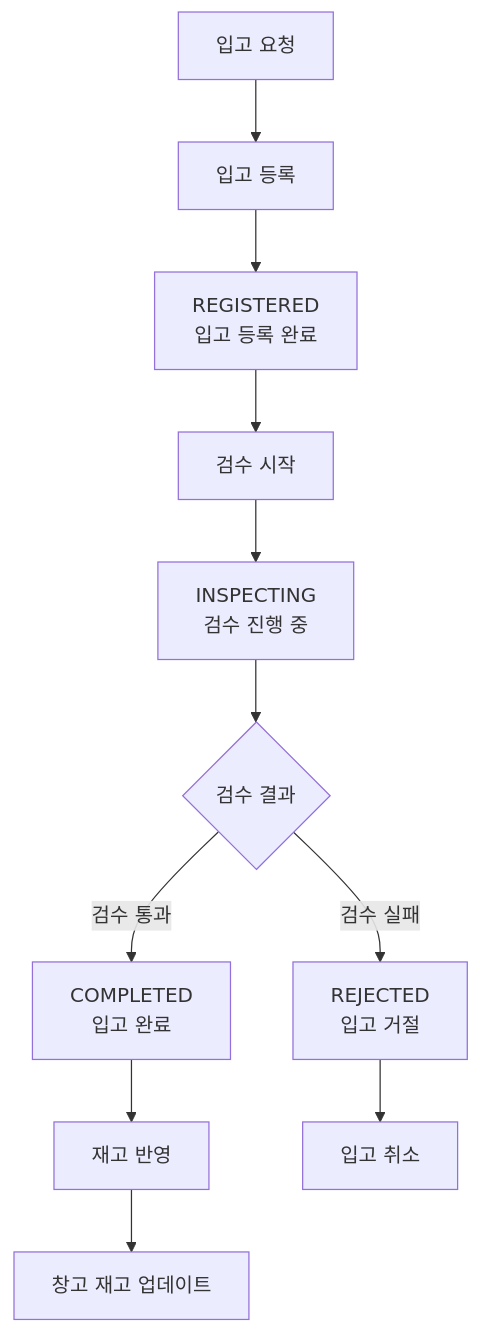
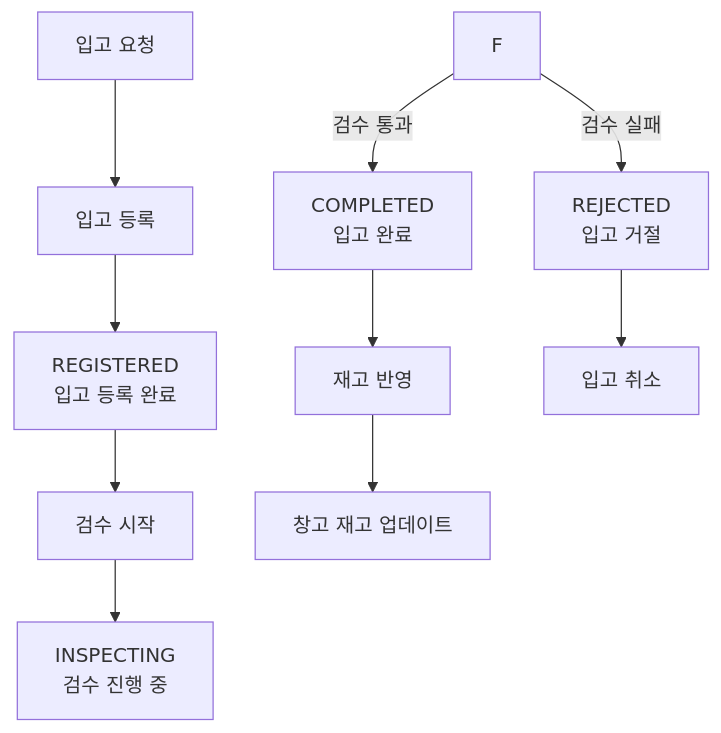
One commit to f-lab-edu/inventory-management-system changed the diagram in README.md. Above: the diagram before and after it, drawn with Mermaid. The commit also changed other lines of this file, not shown here.

````diff
--- a/README.md
+++ b/README.md
@@ -26,14 +29,13 @@
 ```mermaid
 graph TD
     A[입고 요청] --> B[입고 등록]
     B --> C[REGISTERED<br/>입고 등록 완료]
     C --> D[검수 시작]
     D --> E[INSPECTING<br/>검수 진행 중]
-    E --> F{검수 결과}
     F -->|검수 통과| G[COMPLETED<br/>입고 완료]
     F -->|검수 실패| H[REJECTED<br/>입고 거절]
     G --> I[재고 반영]
     I --> J[창고 재고 업데이트]
     H --> K[입고 취소]
 
 ```
````
